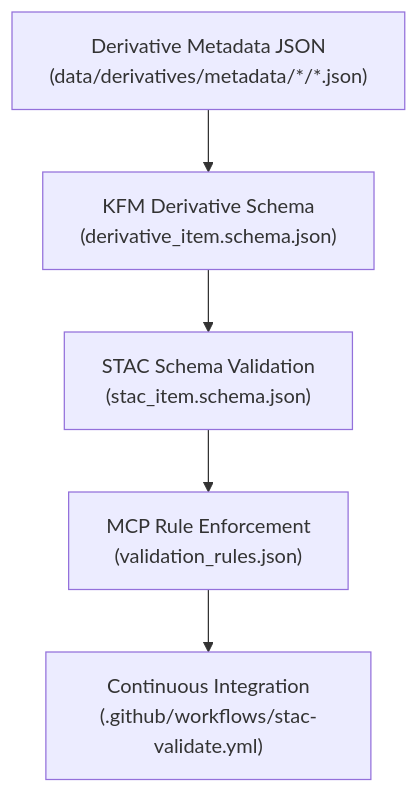
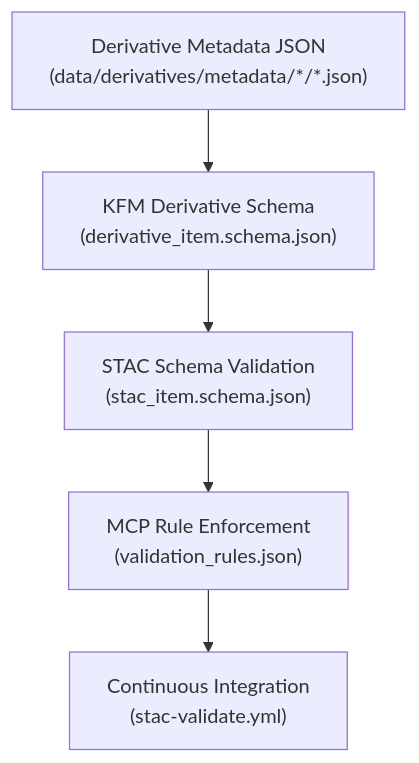
The diagram in data/derivatives/metadata/schema/README.md (bartytime4life/Kansas-Frontier-Matrix), drawn with Mermaid before and after one commit. The commit also changed other lines of this file, not shown here.

First line of the commit message:
Update README for derivative metadata schema

````diff
--- a/data/derivatives/metadata/schema/README.md
+++ b/data/derivatives/metadata/schema/README.md
@@ -92,8 +104,8 @@
 ```mermaid
 flowchart TD
-    A["Derivative Metadata JSON<br/>(data/derivatives/metadata/*/*.json)"]
-        --> B["KFM Derivative Schema<br/>(derivative_item.schema.json)"]
-    B --> C["STAC Schema Validation<br/>(stac_item.schema.json)"]
-    C --> D["MCP Rule Enforcement<br/>(validation_rules.json)"]
-    D --> E["Continuous Integration<br/>(.github/workflows/stac-validate.yml)"]
+  A["Derivative Metadata JSON<br/>(data/derivatives/metadata/*/*.json)"]
+    --> B["KFM Derivative Schema<br/>(derivative_item.schema.json)"]
+  B --> C["STAC Schema Validation<br/>(stac_item.schema.json)"]
+  C --> D["MCP Rule Enforcement<br/>(validation_rules.json)"]
+  D --> E["Continuous Integration<br/>(stac-validate.yml)"]
 ```
````
